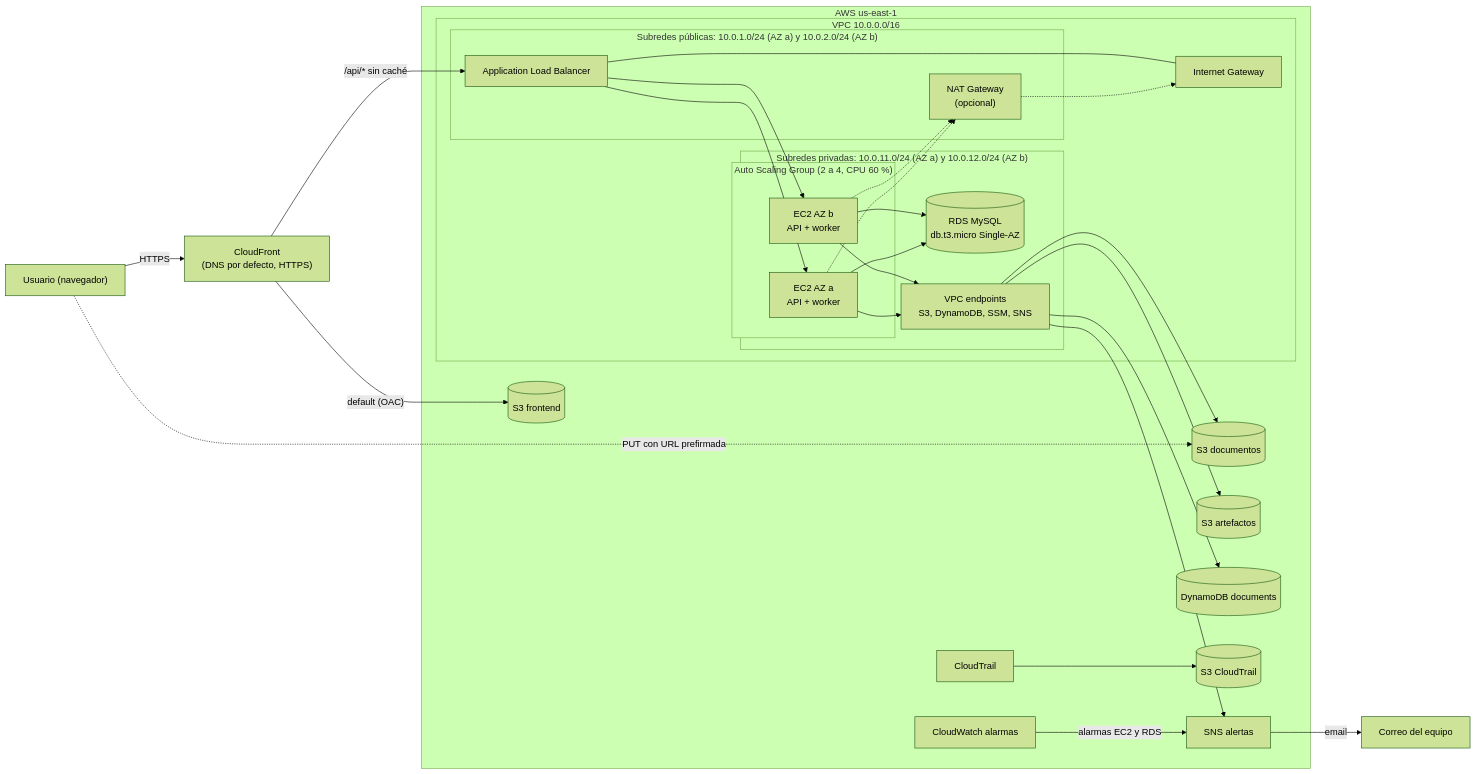
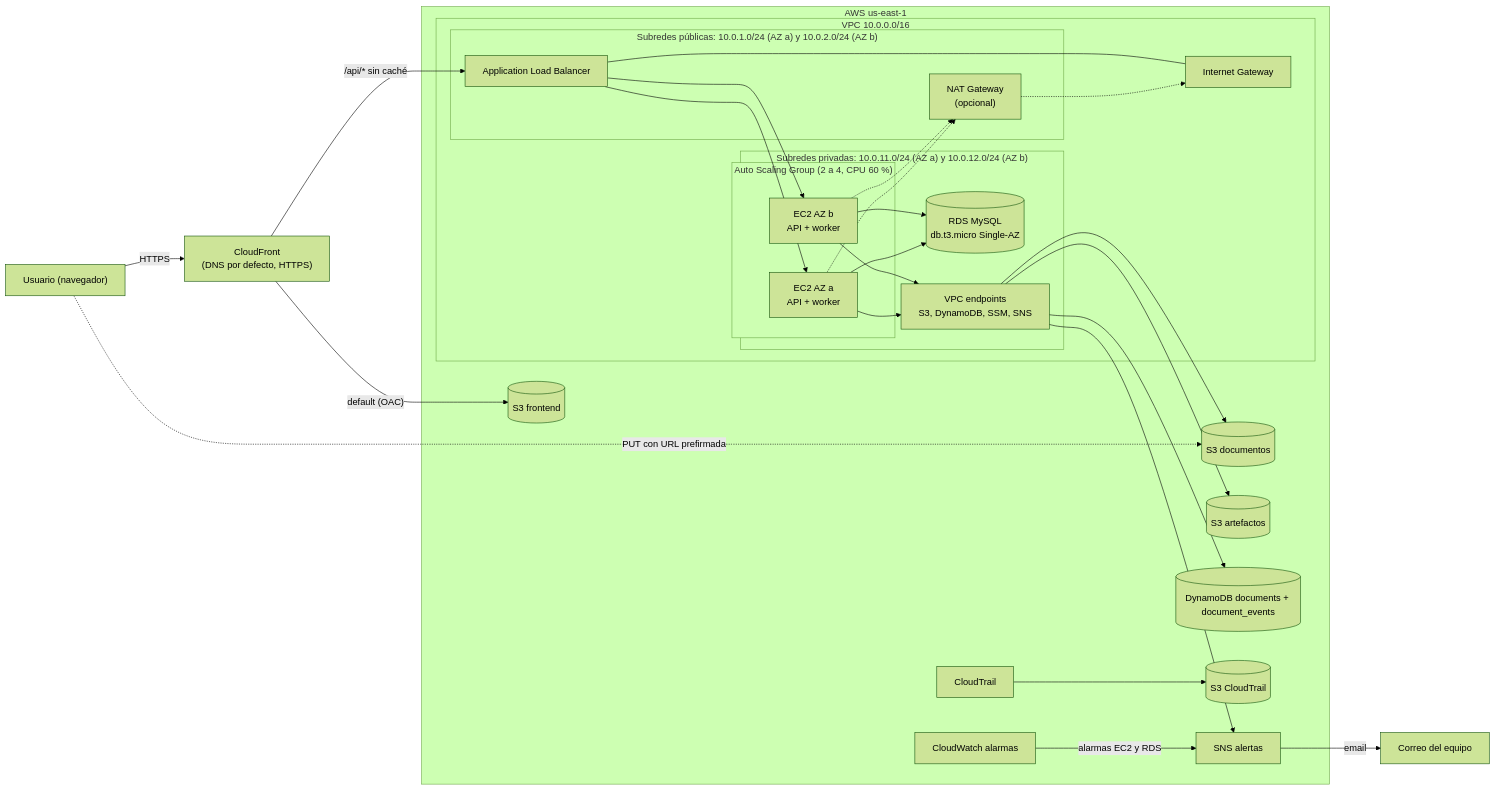
The diagram in README.md (Alejandroperezgarc1a/docuprocess-cloud), drawn with Mermaid (forest theme) before and after one commit. The commit also changed other lines of this file and 5 other files, not shown here.

````diff
--- a/README.md
+++ b/README.md
@@ -9,49 +9,49 @@
 ```mermaid
 flowchart LR
     user["Usuario (navegador)"]
     mail["Correo del equipo"]
 
     cf["CloudFront<br/>(DNS por defecto, HTTPS)"]
 
     subgraph region["AWS us-east-1"]
         subgraph vpc["VPC 10.0.0.0/16"]
             igw["Internet Gateway"]
             subgraph pub["Subredes públicas: 10.0.1.0/24 (AZ a) y 10.0.2.0/24 (AZ b)"]
                 alb["Application Load Balancer"]
                 nat["NAT Gateway<br/>(opcional)"]
             end
             subgraph priv["Subredes privadas: 10.0.11.0/24 (AZ a) y 10.0.12.0/24 (AZ b)"]
                 subgraph asg["Auto Scaling Group (2 a 4, CPU 60 %)"]
                     ec2a["EC2 AZ a<br/>API + worker"]
                     ec2b["EC2 AZ b<br/>API + worker"]
                 end
                 rds[("RDS MySQL<br/>db.t3.micro Single-AZ")]
                 vpce["VPC endpoints<br/>S3, DynamoDB, SSM, SNS"]
             end
         end
 
         s3front[("S3 frontend")]
         s3docs[("S3 documentos")]
         s3art[("S3 artefactos")]
-        ddb[("DynamoDB documents")]
+        ddb[("DynamoDB documents + document_events")]
         sns["SNS alertas"]
         cw["CloudWatch alarmas"]
         trail["CloudTrail"]
         s3trail[("S3 CloudTrail")]
     end
 
     user -->|HTTPS| cf
     cf -->|"default (OAC)"| s3front
     cf -->|"/api/* sin caché"| alb
     user -.->|"PUT con URL prefirmada"| s3docs
     igw --- alb
     alb --> ec2a & ec2b
     ec2a & ec2b --> rds
     ec2a & ec2b --> vpce
     vpce --> s3docs & ddb & sns & s3art
     ec2a & ec2b -.-> nat
     nat -.-> igw
     cw -->|alarmas EC2 y RDS| sns
     sns -->|email| mail
     trail --> s3trail
 ```
````
